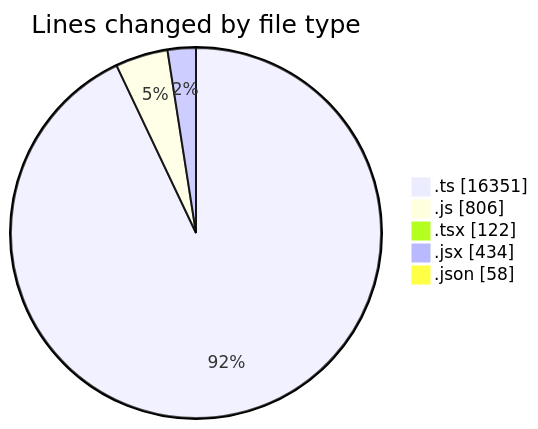
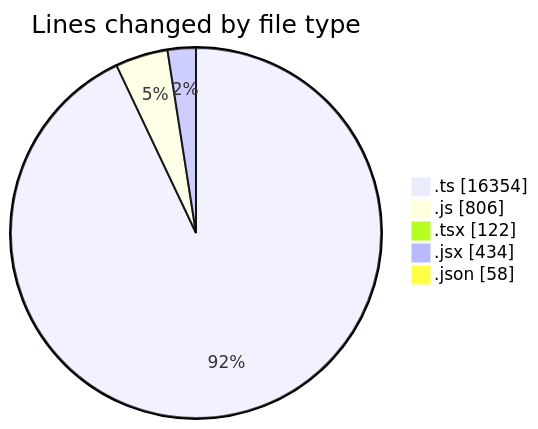
One commit to momahboobian/code-tracking changed the first of 2 diagrams in 2025-11-12/cda/README.md. Above: the diagram before and after it, drawn with Mermaid. The commit also changed other lines of this file and 1 other file, not shown here.

````diff
--- a/2025-11-12/cda/README.md
+++ b/2025-11-12/cda/README.md
@@ -34,9 +34,9 @@
 ```mermaid
 pie showData
 title Lines changed by file type
-".ts" : 16351
+".ts" : 16354
 ".js" : 806
 ".tsx" : 122
 ".jsx" : 434
 ".json" : 58
 ```
````
